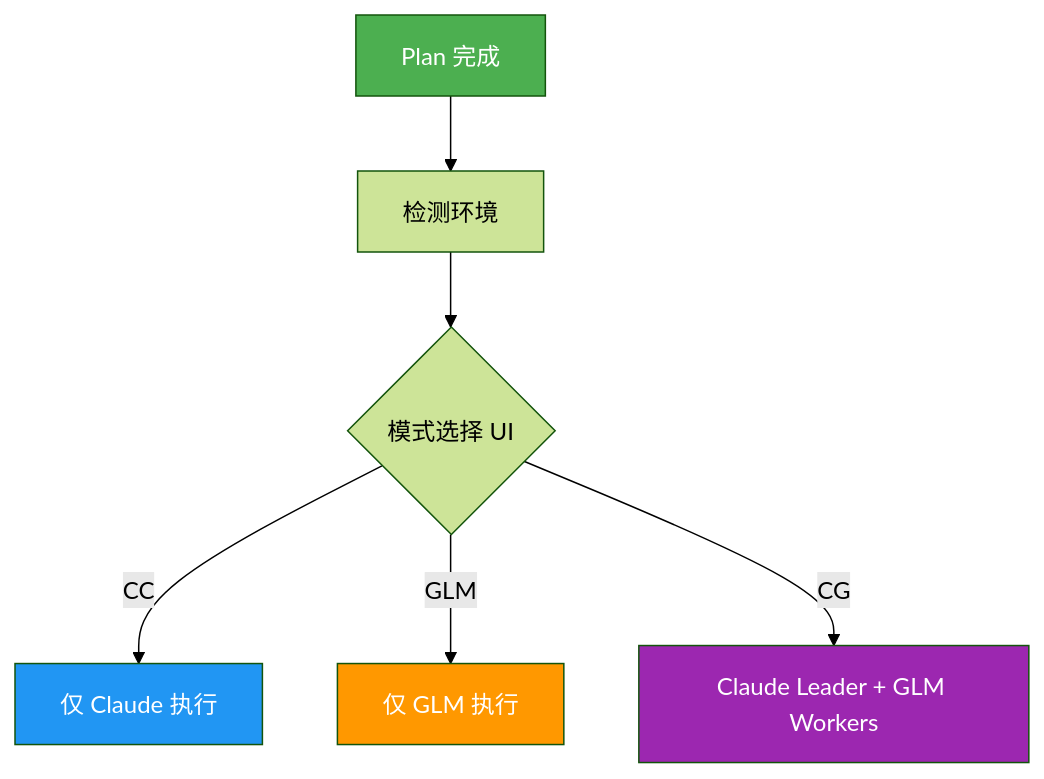
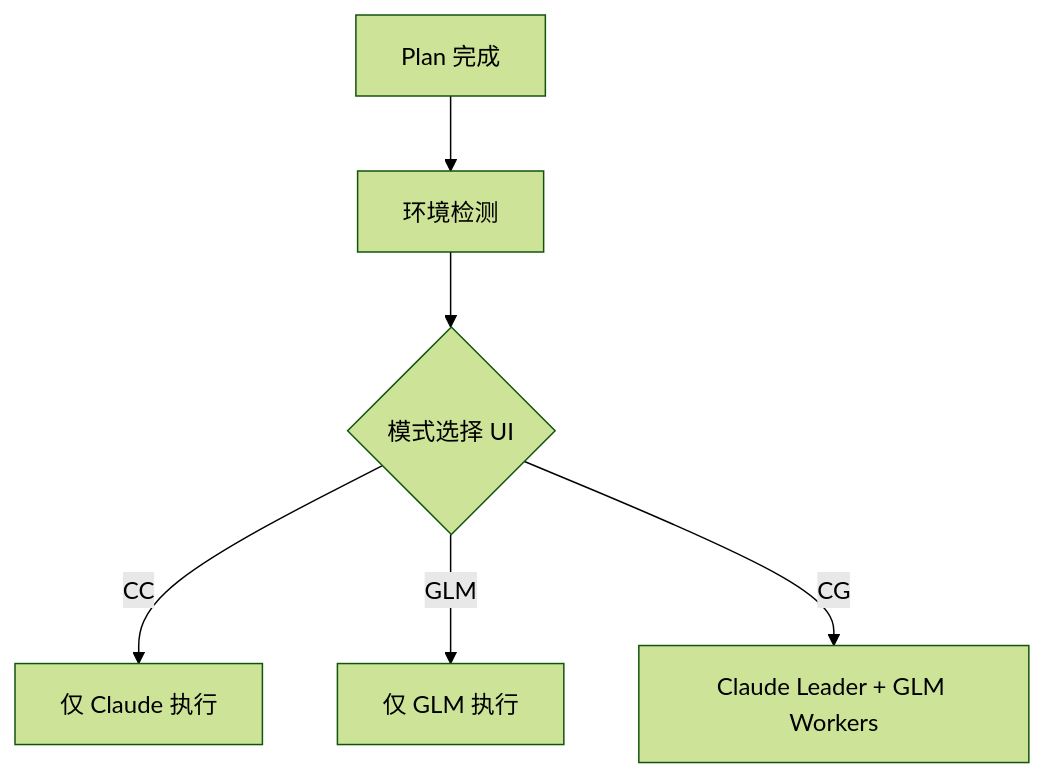
Before and after one commit to modu-ai/moai-adk: the fifth of 6 diagrams in docs-site/content/zh/core-concepts/what-is-moai-adk.md, drawn with Mermaid (forest theme). The commit also changed other lines of this file and 4 other files, not shown here.

````diff
--- a/docs-site/content/zh/core-concepts/what-is-moai-adk.md
+++ b/docs-site/content/zh/core-concepts/what-is-moai-adk.md
@@ -395,13 +340,8 @@
 ```mermaid
 flowchart TD
-    A["Plan 完成"] --> B["检测环境"]
+    A["Plan 完成"] --> B["环境检测"]
     B --> C{"模式选择 UI"}
     C -->|"CC"| D["仅 Claude 执行"]
     C -->|"GLM"| E["仅 GLM 执行"]
     C -->|"CG"| F["Claude Leader + GLM Workers"]
-
-    style A fill:#4CAF50,color:#fff
-    style D fill:#2196F3,color:#fff
-    style E fill:#FF9800,color:#fff
-    style F fill:#9C27B0,color:#fff
 ```
````
